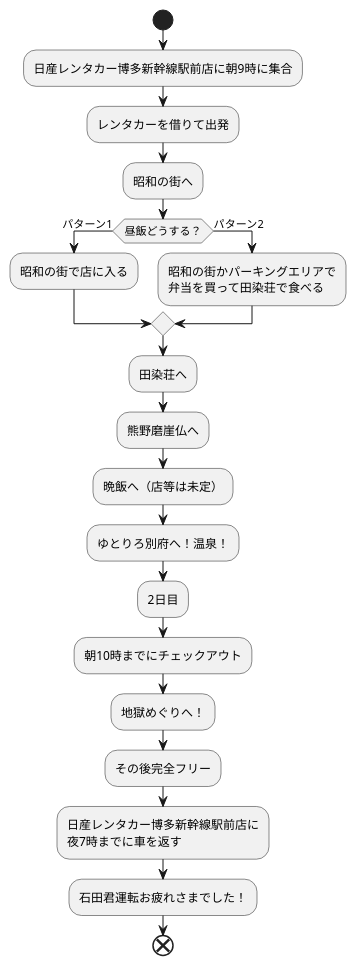
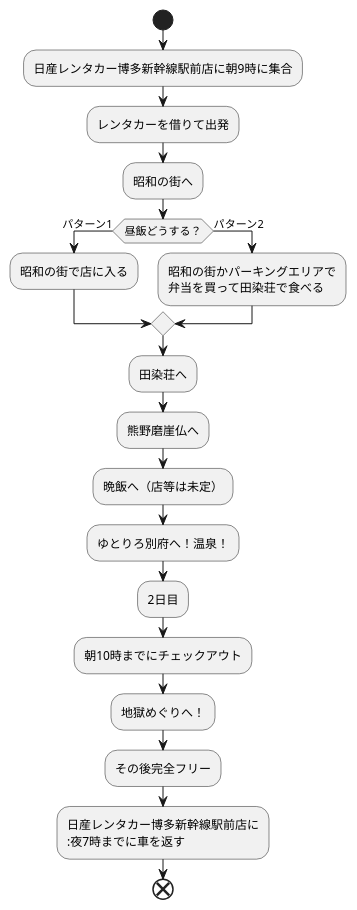
One commit to Aso2001369/2021sys-design changed the diagram in trip.md. Above: the diagram before and after it, drawn with PlantUML.

````diff
--- a/trip.md
+++ b/trip.md
@@ -1,27 +1,27 @@
 ```uml
 @startuml
 start
 
 :日産レンタカー博多新幹線駅前店に朝9時に集合;
 :レンタカーを借りて出発;
 :昭和の街へ;
 if(昼飯どうする？)then(パターン1)
 :昭和の街で店に入る;
 else(パターン2)
 :昭和の街かパーキングエリアで
 弁当を買って田染荘で食べる;
 endif
 :田染荘へ;
 :熊野磨崖仏へ;
 :晩飯へ（店等は未定）;
 :ゆとりろ別府へ！温泉！;
 :2日目;
 :朝10時までにチェックアウト;
 :地獄めぐりへ！;
 :その後完全フリー;
 :日産レンタカー博多新幹線駅前店に
-夜7時までに車を返す;
-:石田君運転お疲れさまでした！;
+:夜7時までに車を返す;
+
 end
 @enduml
 ```
````
